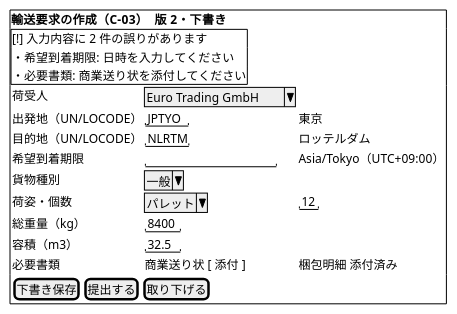
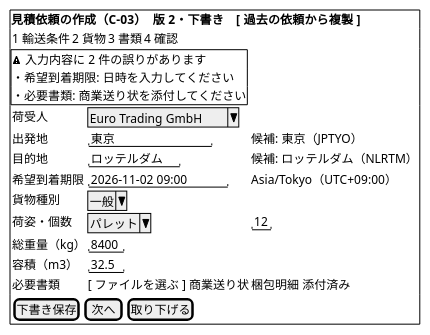
The tenth of 21 diagrams in docs/design/cargo-tracker/ui_design.md (k2works/practical-domain-driven-design-in-enterpris-application), drawn with PlantUML before and after one commit. The commit also changed other lines of this file and 25 other files, not shown here.

````diff
--- a/docs/design/cargo-tracker/ui_design.md
+++ b/docs/design/cargo-tracker/ui_design.md
@@ -306,24 +437,25 @@
 ```plantuml
 @startsalt
 {+
-  <b>輸送要求の作成（C-03）　版 2・下書き
+  <b>見積依頼の作成（C-03）　版 2・下書き　[ 過去の依頼から複製 ]
+  { 1 輸送条件 | 2 貨物 | 3 書類 | 4 確認 }
   {+
-    [!] 入力内容に 2 件の誤りがあります
+    <&warning> 入力内容に 2 件の誤りがあります
     ・希望到着期限: 日時を入力してください
     ・必要書類: 商業送り状を添付してください
   }
   {
     荷受人             | ^Euro Trading GmbH^
-    出発地（UN/LOCODE）| "JPTYO" | 東京
-    目的地（UN/LOCODE）| "NLRTM" | ロッテルダム
-    希望到着期限        | "                " | Asia/Tokyo（UTC+09:00）
+    出発地             | "東京             " | 候補: 東京（JPTYO）
+    目的地             | "ロッテルダム     " | 候補: ロッテルダム（NLRTM）
+    希望到着期限        | "2026-11-02 09:00 " | Asia/Tokyo（UTC+09:00）
     貨物種別            | ^一般^
     荷姿・個数          | ^パレット^ | "12"
     総重量（kg）        | "8400"
     容積（m3）          | "32.5"
-    必要書類            | 商業送り状 [ 添付 ] | 梱包明細 添付済み
+    必要書類            | [ ファイルを選ぶ ] 商業送り状 | 梱包明細 添付済み
   }
-  { [ 下書き保存 ] | [ 提出する ] | [ 取り下げる ] }
+  { [ 下書き保存 ] | [ 次へ ] | [ 取り下げる ] }
 }
 @endsalt
 ```
````
